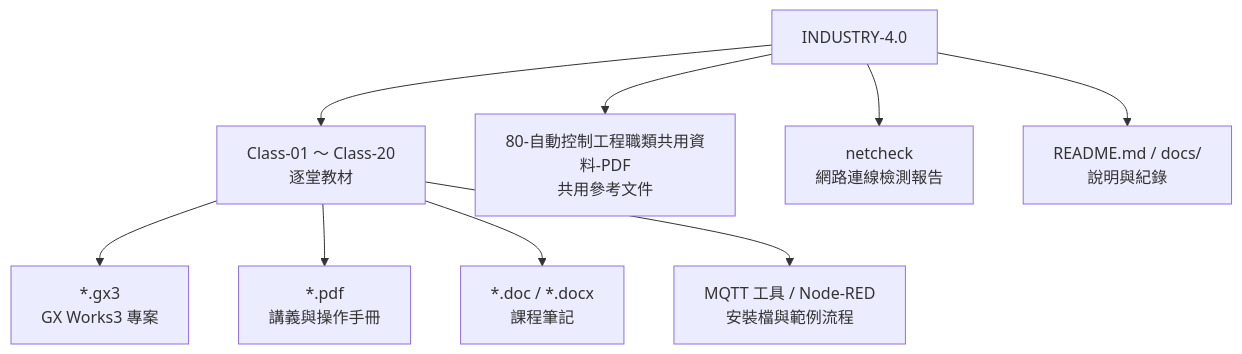
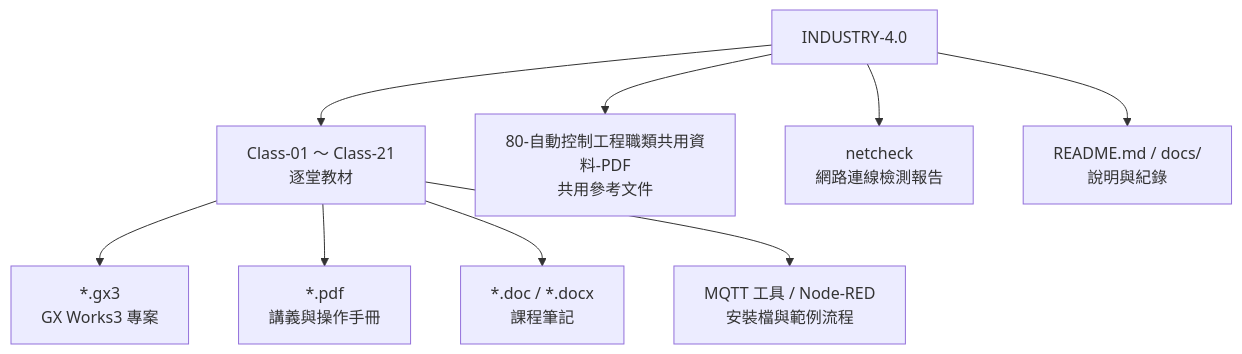
The second of 4 diagrams in README.md (yd7148/INDUSTRY-4.0), drawn with Mermaid before and after one commit. The commit also changed other lines of this file and 73 other files, not shown here.

Commit message:
Add Class-21-2026-10-29 Node-RED Flow and M2M materials

````diff
--- a/README.md
+++ b/README.md
@@ -38,12 +38,12 @@
 ```mermaid
 flowchart TB
-    REPO["INDUSTRY-4.0"] --> CLS["Class-01 ～ Class-20<br/>逐堂教材"]
+    REPO["INDUSTRY-4.0"] --> CLS["Class-01 ～ Class-21<br/>逐堂教材"]
     REPO --> LIB["80-自動控制工程職類共用資料-PDF<br/>共用參考文件"]
     REPO --> NET["netcheck<br/>網路連線檢測報告"]
     REPO --> DOC["README.md / docs/<br/>說明與紀錄"]
 
     CLS --> GX["*.gx3<br/>GX Works3 專案"]
     CLS --> PDF["*.pdf<br/>講義與操作手冊"]
     CLS --> DOCX["*.doc / *.docx<br/>課程筆記"]
     CLS --> TOOL["MQTT 工具 / Node-RED<br/>安裝檔與範例流程"]
 ```
````
